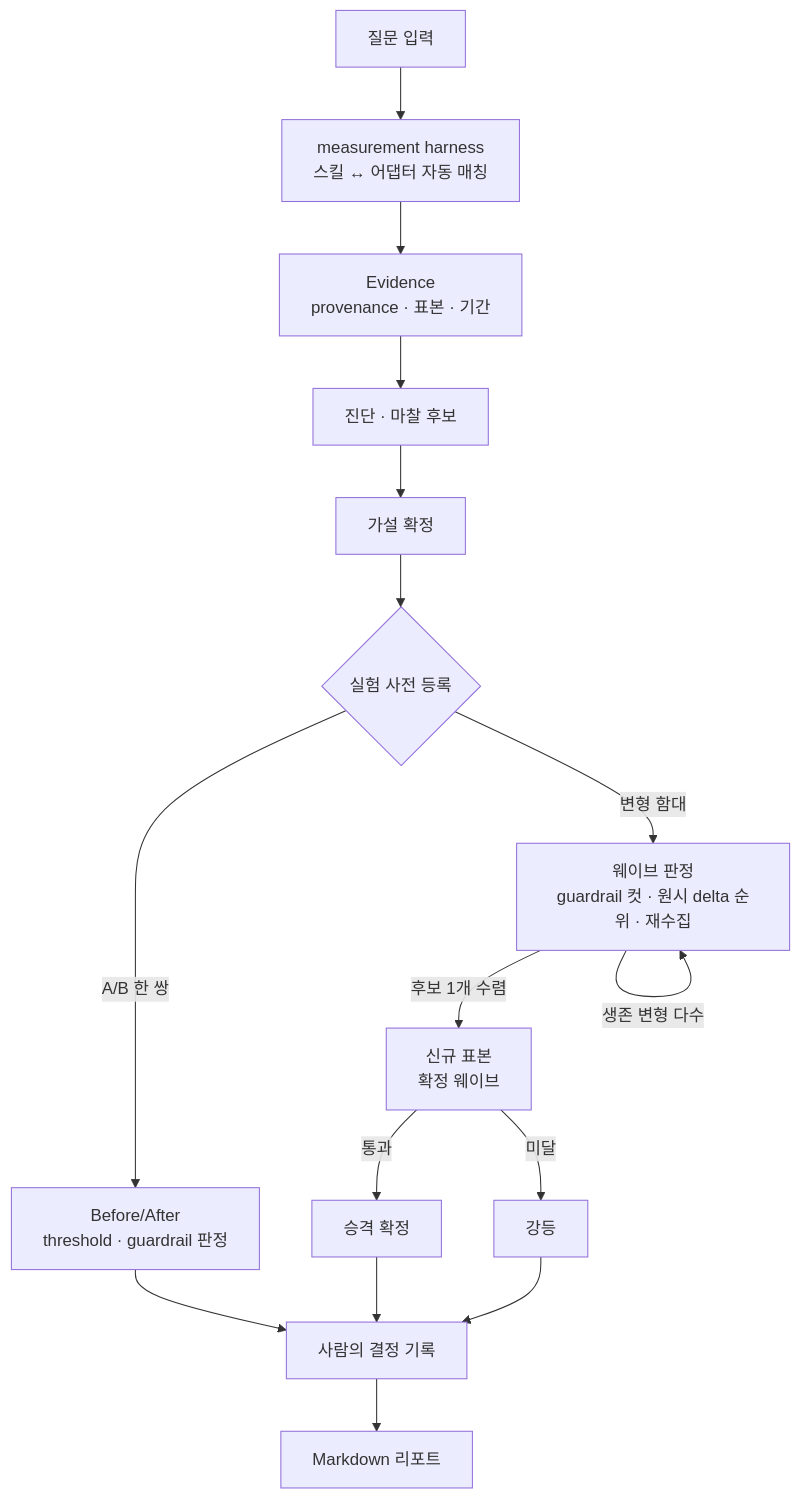
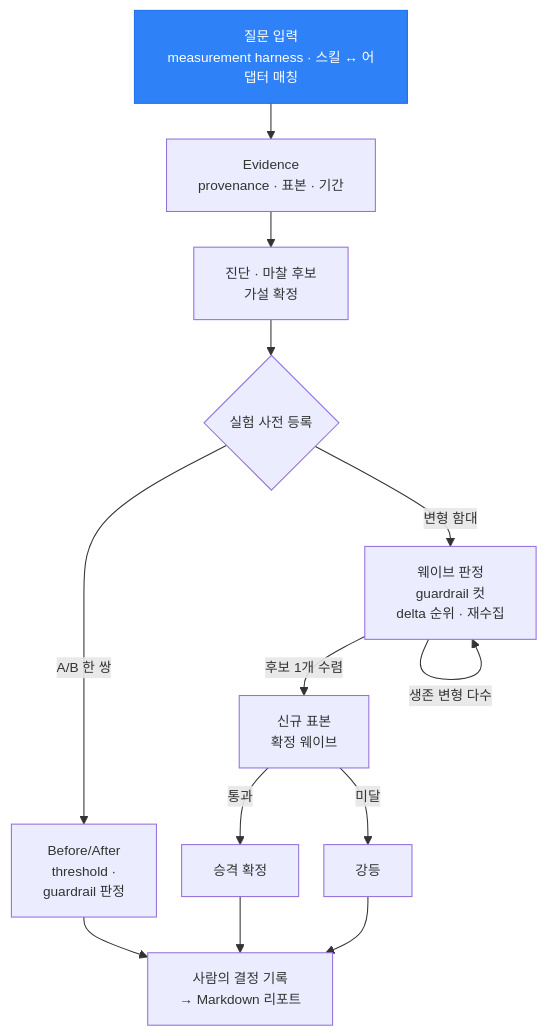
The first of 3 diagrams in README.md (Power-xc/ux-measure-lab), drawn with Mermaid before and after one commit. The commit also changed other lines of this file, not shown here.

Commit message:
docs(readme): color architecture diagram nodes by role

````diff
--- a/README.md
+++ b/README.md
@@ -123,17 +123,16 @@
 ```mermaid
-flowchart TB
-  Q["질문 입력"] --> H["measurement harness<br/>스킬 ↔ 어댑터 자동 매칭"]
-  H --> E["Evidence<br/>provenance · 표본 · 기간"]
-  E --> D["진단 · 마찰 후보"] --> HY["가설 확정"]
+%%{init: {"flowchart": {"subGraphTitleMargin": {"top": 8, "bottom": 8}, "rankSpacing": 34, "nodeSpacing": 24}, "themeVariables": {"fontSize": "13px"}}}%%
+flowchart TD
+  Q["질문 입력<br/>measurement harness · 스킬 ↔ 어댑터 매칭"] --> E["Evidence<br/>provenance · 표본 · 기간"] --> HY["진단 · 마찰 후보<br/>가설 확정"]
   HY --> P{"실험 사전 등록"}
-  P -->|"A/B 한 쌍"| S["Before/After<br/>threshold · guardrail 판정"]
-  P -->|"변형 함대"| W["웨이브 판정<br/>guardrail 컷 · 원시 delta 순위 · 재수집"]
+  P -->|"A/B 한 쌍"| S["Before/After<br/>threshold ·<br/>guardrail 판정"]
+  P -->|"변형 함대"| W["웨이브 판정<br/>guardrail 컷<br/>delta 순위 · 재수집"]
   W -->|"생존 변형 다수"| W
   W -->|"후보 1개 수렴"| C["신규 표본<br/>확정 웨이브"]
   C -->|"통과"| PR["승격 확정"]
   C -->|"미달"| DM["강등"]
-  S --> HD["사람의 결정 기록"]
-  PR --> HD
-  DM --> HD
-  HD --> R["Markdown 리포트"]
+  S & PR & DM --> HD["사람의 결정 기록<br/>→ Markdown 리포트"]
+
+  classDef entry fill:#2f81f7,stroke:#1f6feb,color:#fff
+  class Q entry
 ```
````
